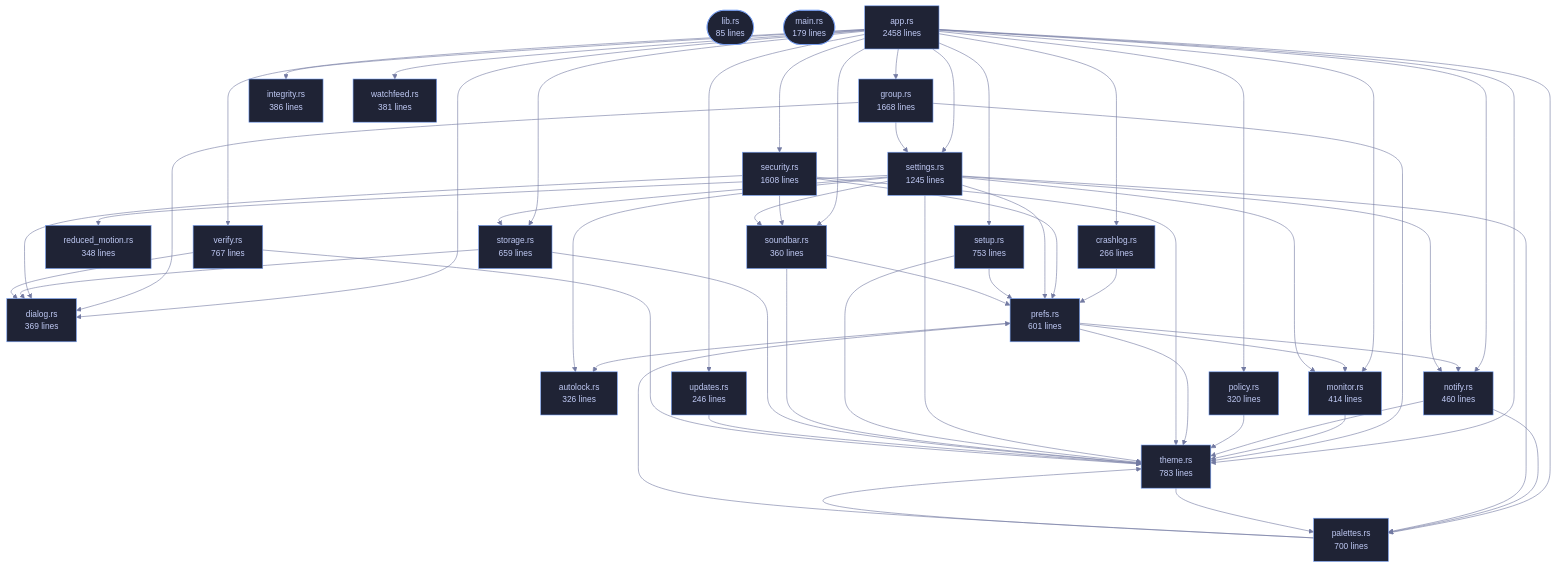
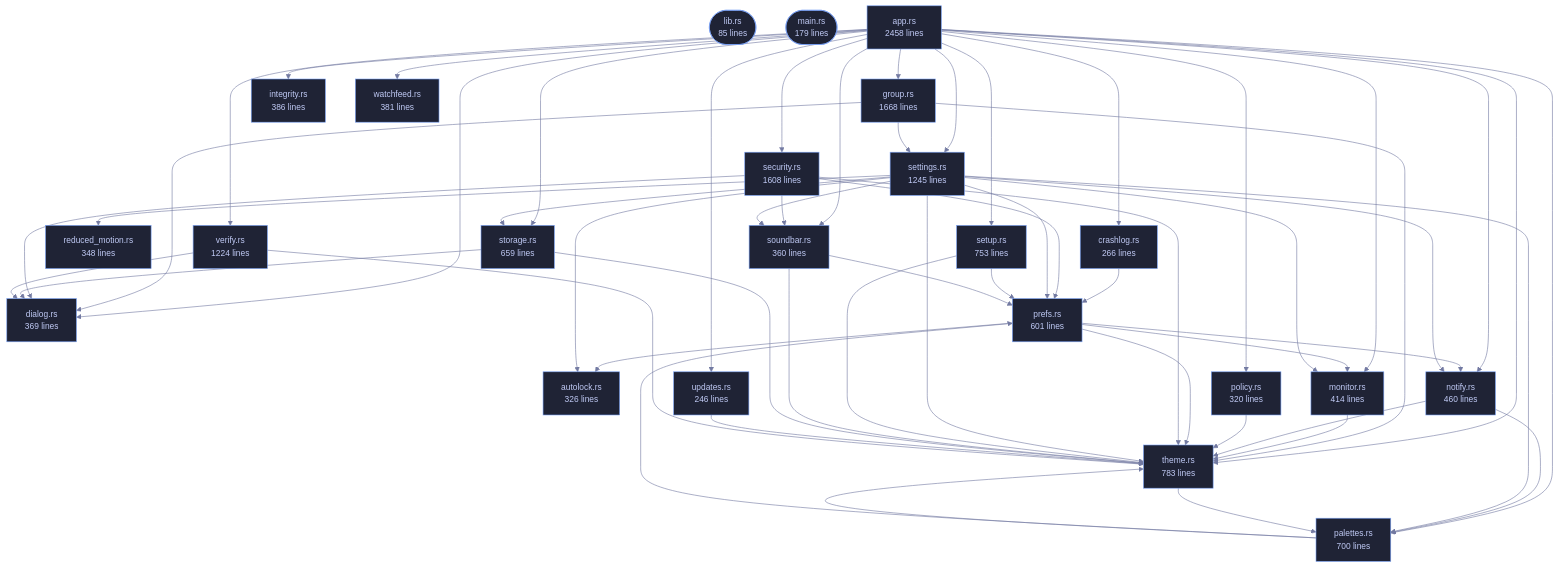
The diagram in crates/veilvoice-gui/README.md (tilas01/veilvoice), drawn with Mermaid before and after one commit. The commit also changed other lines of this file and 108 other files, not shown here.

```diff
--- a/crates/veilvoice-gui/README.md
+++ b/crates/veilvoice-gui/README.md
@@ -115,7 +115,7 @@
     n_storage["storage.rs<br/>659 lines"]
     n_theme["theme.rs<br/>783 lines"]
     n_updates["updates.rs<br/>246 lines"]
-    n_verify["verify.rs<br/>767 lines"]
+    n_verify["verify.rs<br/>1224 lines"]
     n_watchfeed["watchfeed.rs<br/>381 lines"]
     n_app --> n_crashlog
     n_app --> n_dialog
```
